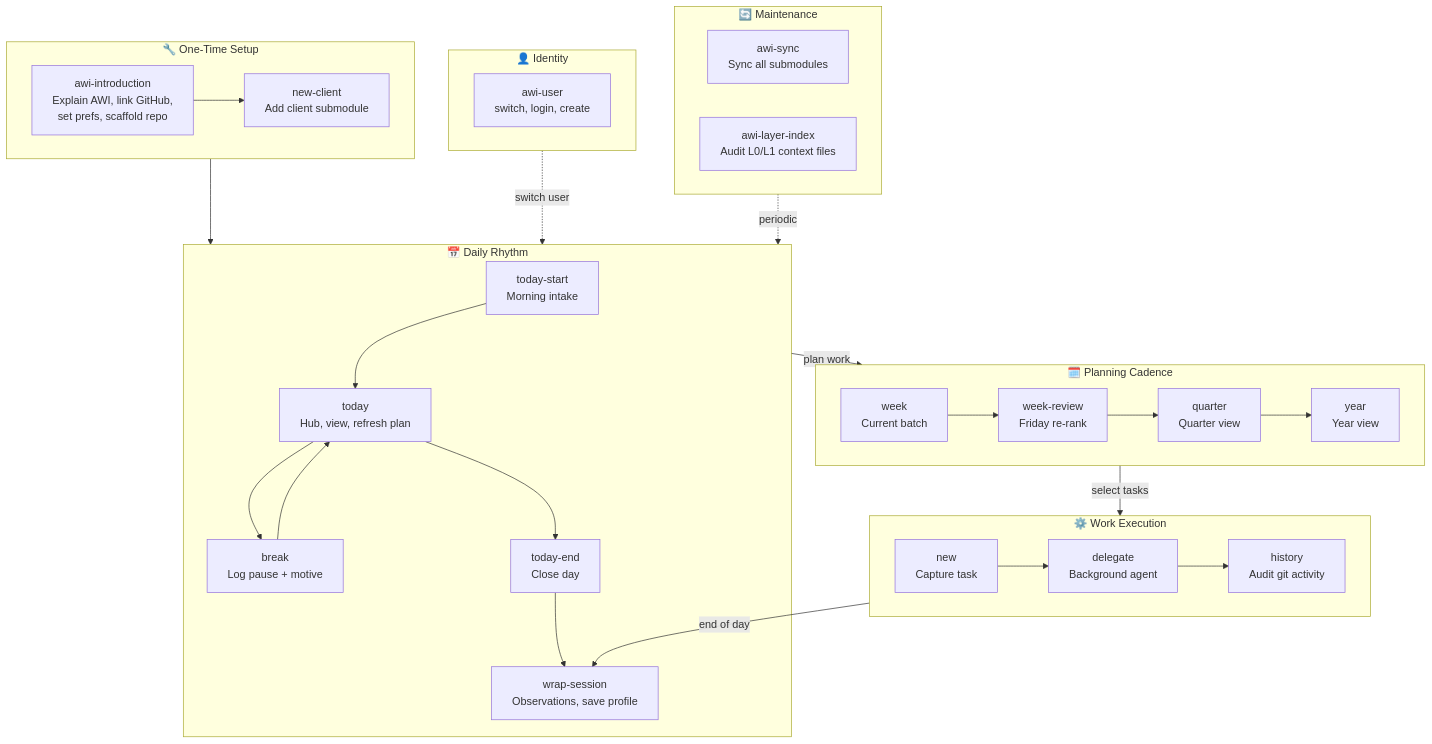
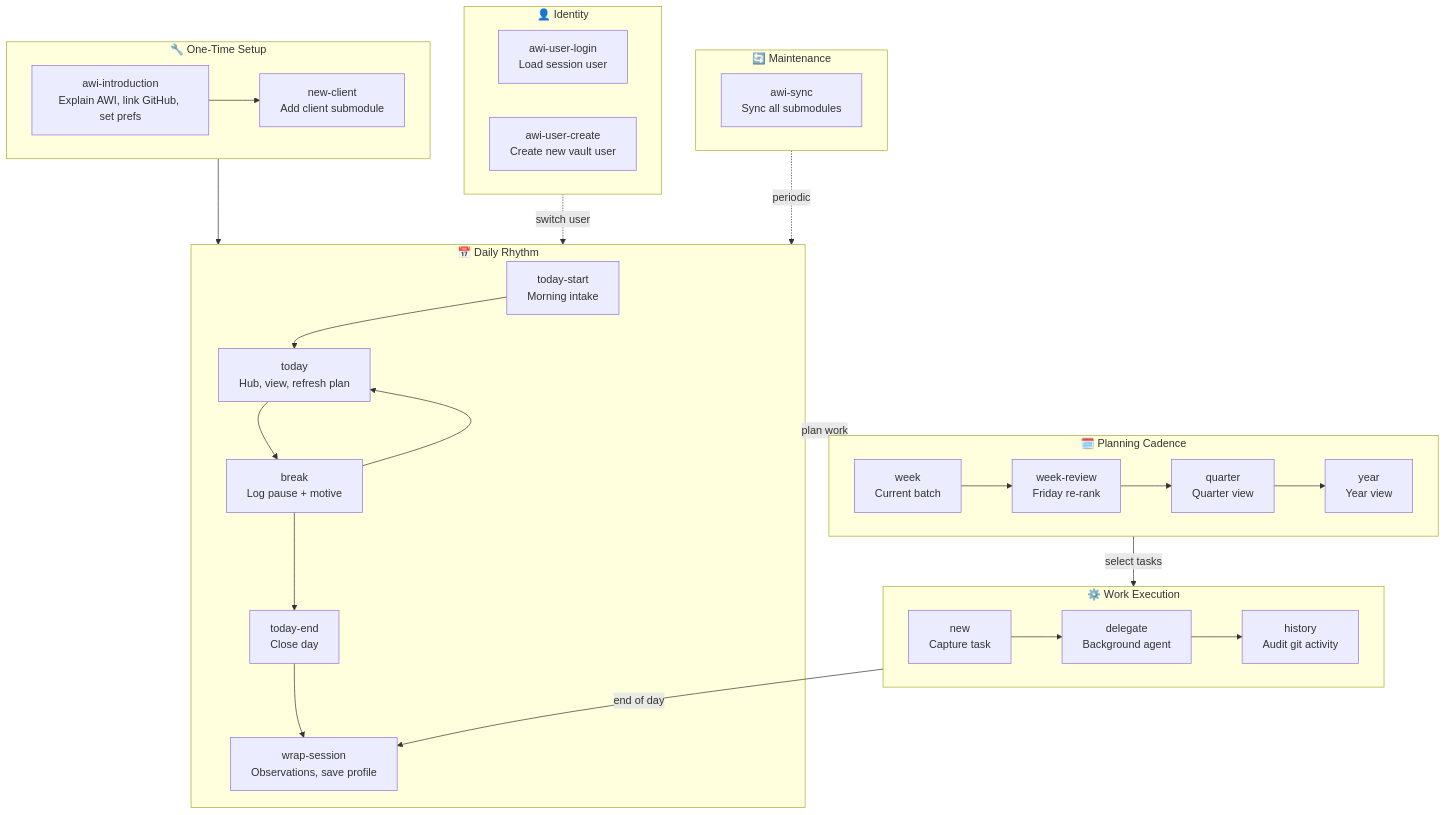
Before and after one commit to GuidoAmici/awi-core: the diagram in _system/agentic-workflow-integrator/skills/workflow-diagram.md, drawn with Mermaid. The commit also changed other lines of this file and 46 other files, not shown here.

Commit message:
cos: sync - mirror 47 file(s) from AWI

````diff
--- a/_system/agentic-workflow-integrator/skills/workflow-diagram.md
+++ b/_system/agentic-workflow-integrator/skills/workflow-diagram.md
@@ -3,42 +5,56 @@
 ```mermaid
 flowchart TD
     subgraph SETUP["🔧 One-Time Setup"]
-        A["awi-introduction<br/>Explain AWI, link GitHub,<br/>set prefs, scaffold repo"] --> C["new-client<br/>Add client submodule"]
+        awi_introduction["awi-introduction<br/>Explain AWI, link GitHub, set prefs"]
+        new_client["new-client<br/>Add client submodule"]
+        awi_introduction --> new_client
     end
 
     subgraph IDENTITY["👤 Identity"]
-        D["awi-user<br/>switch, login, create"]
+        awi_user_login["awi-user-login<br/>Load session user"]
+        awi_user_create["awi-user-create<br/>Create new vault user"]
     end
 
     subgraph DAY["📅 Daily Rhythm"]
-        E["today-start<br/>Morning intake"] --> F["today<br/>Hub, view, refresh plan"]
-        F --> G["break<br/>Log pause + motive"]
-        G --> F
-        F --> H["today-end<br/>Close day"]
-        H --> I["wrap-session<br/>Observations, save profile"]
+        today_start["today-start<br/>Morning intake"]
+        today["today<br/>Hub, view, refresh plan"]
+        break["break<br/>Log pause + motive"]
+        today_end["today-end<br/>Close day"]
+        wrap_session["wrap-session<br/>Observations, save profile"]
+        today_start --> today
+        today --> break
+        break --> today_end
+        today_end --> wrap_session
+        break --> today
     end
 
     subgraph PLANNING["🗓️ Planning Cadence"]
-        J["week<br/>Current batch"] --> K["week-review<br/>Friday re-rank"]
-        K --> L["quarter<br/>Quarter view"]
-        L --> M["year<br/>Year view"]
+        week["week<br/>Current batch"]
+        week_review["week-review<br/>Friday re-rank"]
+        quarter["quarter<br/>Quarter view"]
+        year["year<br/>Year view"]
+        week --> week_review
+        week_review --> quarter
+        quarter --> year
     end
 
     subgraph WORK["⚙️ Work Execution"]
-        N["new<br/>Capture task"] --> O["delegate<br/>Background agent"]
-        O --> P["history<br/>Audit git activity"]
+        new["new<br/>Capture task"]
+        delegate["delegate<br/>Background agent"]
+        history["history<br/>Audit git activity"]
+        new --> delegate
+        delegate --> history
     end
 
     subgraph MAINTENANCE["🔄 Maintenance"]
-        Q["awi-sync<br/>Sync all submodules"]
-        R["awi-layer-index<br/>Audit L0/L1 context files"]
+        awi_sync["awi-sync<br/>Sync all submodules"]
     end
 
     %% Cross-group flows
     SETUP --> DAY
     IDENTITY -.->|switch user| DAY
     DAY -->|plan work| PLANNING
     PLANNING -->|select tasks| WORK
-    WORK -->|end of day| I
+    WORK -->|end of day| wrap_session
     MAINTENANCE -.->|periodic| DAY
 ```
````
